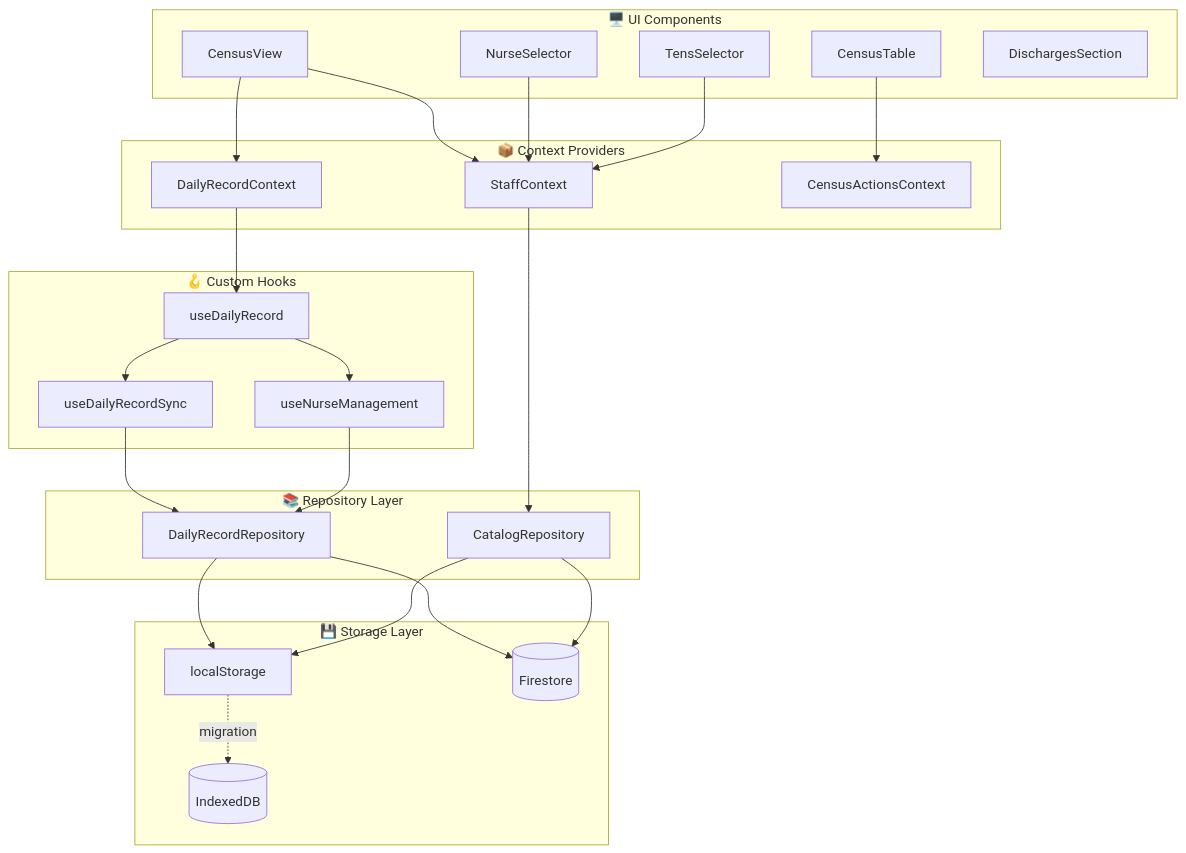
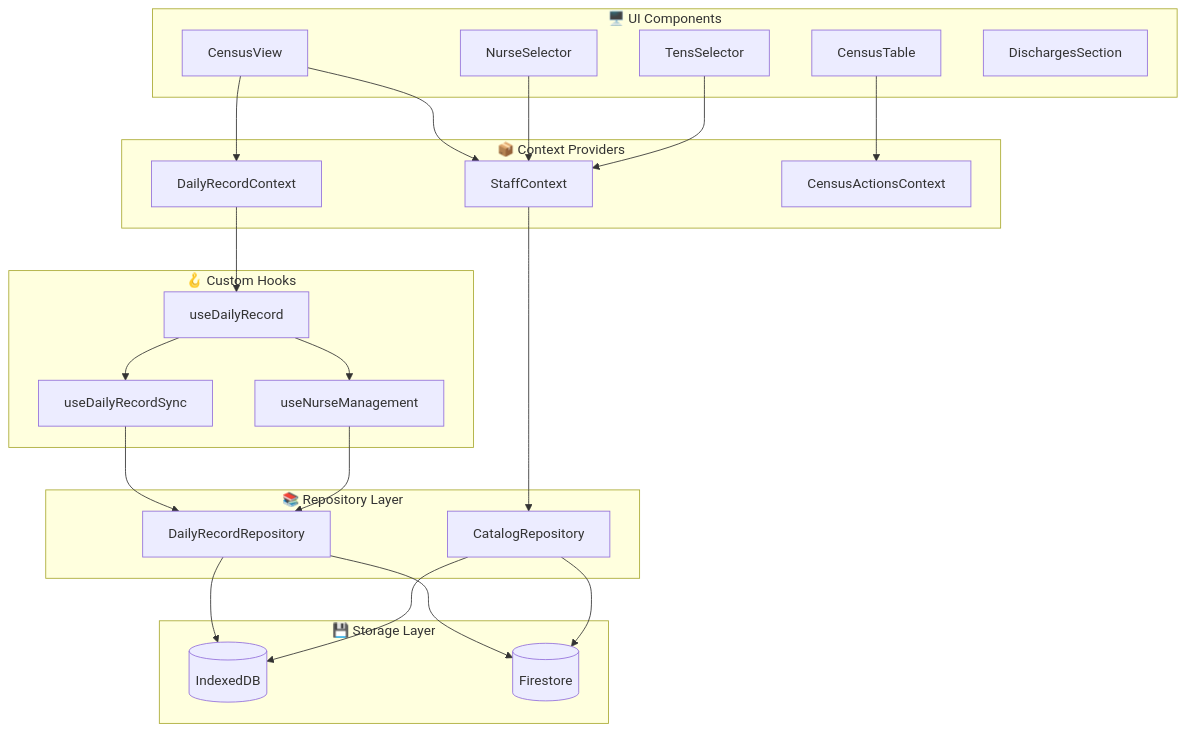
The sixth of 10 diagrams in docs/architecture.md (DanielOpazoD/HHR-entornodeprueba), drawn with Mermaid before and after one commit. The commit also changed other lines of this file and 1772 other files, not shown here.

````diff
--- a/docs/architecture.md
+++ b/docs/architecture.md
@@ -5,55 +199,52 @@
 ```mermaid
 flowchart TB
     subgraph UI["🖥️ UI Components"]
         CV[CensusView]
         CT[CensusTable]
         NS[NurseSelector]
         TS[TensSelector]
         DS[DischargesSection]
     end
 
     subgraph Contexts["📦 Context Providers"]
         DRC[DailyRecordContext]
         SC[StaffContext]
         CAC[CensusActionsContext]
     end
 
     subgraph Hooks["🪝 Custom Hooks"]
         UDR[useDailyRecord]
         UDRS[useDailyRecordSync]
         UNM[useNurseManagement]
     end
 
     subgraph Repository["📚 Repository Layer"]
         DRR[DailyRecordRepository]
         CR[CatalogRepository]
     end
 
     subgraph Storage["💾 Storage Layer"]
-        LS[localStorage]
         IDB[(IndexedDB)]
         FS[(Firestore)]
     end
 
     CV --> DRC
     CV --> SC
     CT --> CAC
     NS --> SC
     TS --> SC
 
     DRC --> UDR
     SC --> CR
 
     UDR --> UDRS
     UDR --> UNM
 
     UDRS --> DRR
     UNM --> DRR
 
-    DRR --> LS
+    DRR --> IDB
     DRR --> FS
-    CR --> LS
+    CR --> IDB
     CR --> FS
-
-    LS -.->|migration| IDB
 ```
````
